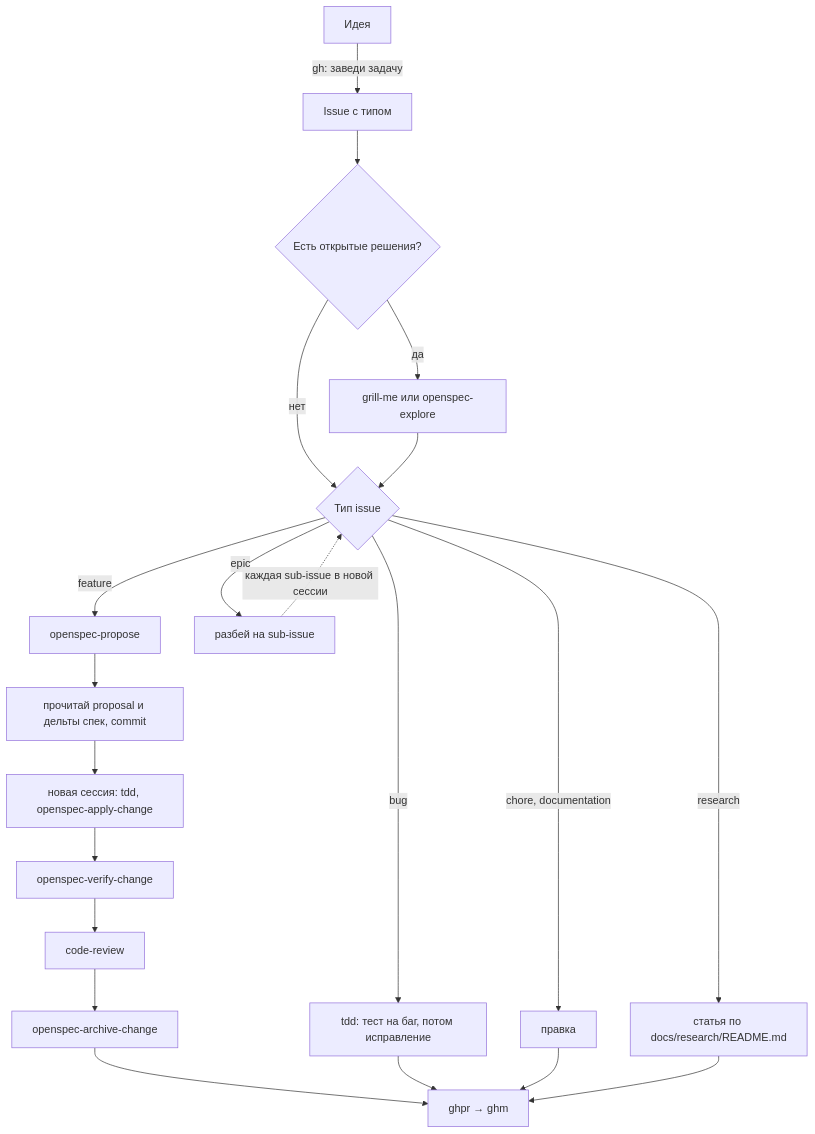
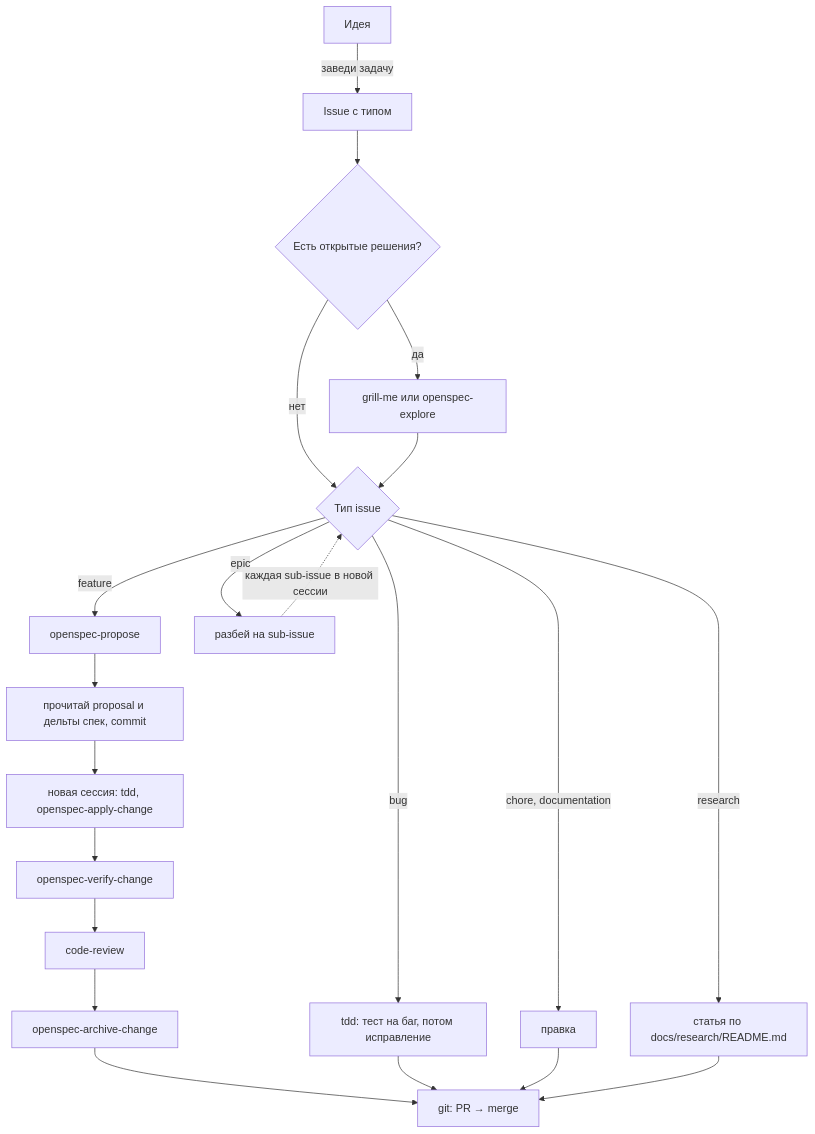
One commit to GrigorevEv/spook changed the diagram in CONTRIBUTING.md. Above: the diagram before and after it, drawn with Mermaid. The commit also changed other lines of this file and 23 other files, not shown here.

````diff
--- a/CONTRIBUTING.md
+++ b/CONTRIBUTING.md
@@ -19,28 +20,28 @@
 ```mermaid
 flowchart TD
-    idea["Идея"] -->|"gh: заведи задачу"| issue["Issue с типом"]
+    idea["Идея"] -->|"заведи задачу"| issue["Issue с типом"]
     issue --> open{"Есть открытые решения?"}
     open -->|да| talk["grill-me или openspec-explore"]
     open -->|нет| type{"Тип issue"}
     talk --> type
 
     type -->|feature| propose["openspec-propose"]
     propose --> approve["прочитай proposal и дельты спек, commit"]
     approve --> apply["новая сессия: tdd, openspec-apply-change"]
     apply --> verify["openspec-verify-change"]
     verify --> review["code-review"]
     review --> archive["openspec-archive-change"]
-    archive --> pr["ghpr → ghm"]
+    archive --> pr["git: PR → merge"]
 
     type -->|bug| fix["tdd: тест на баг, потом исправление"]
     fix --> pr
 
     type -->|"chore, documentation"| edit["правка"]
     edit --> pr
 
     type -->|research| research["статья по docs/research/README.md"]
     research --> pr
 
     type -->|epic| split["разбей на sub-issue"]
     split -.->|"каждая sub-issue в новой сессии"| type
 ```
````
